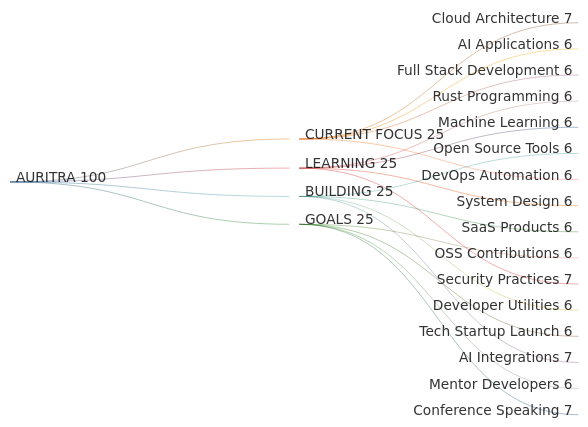
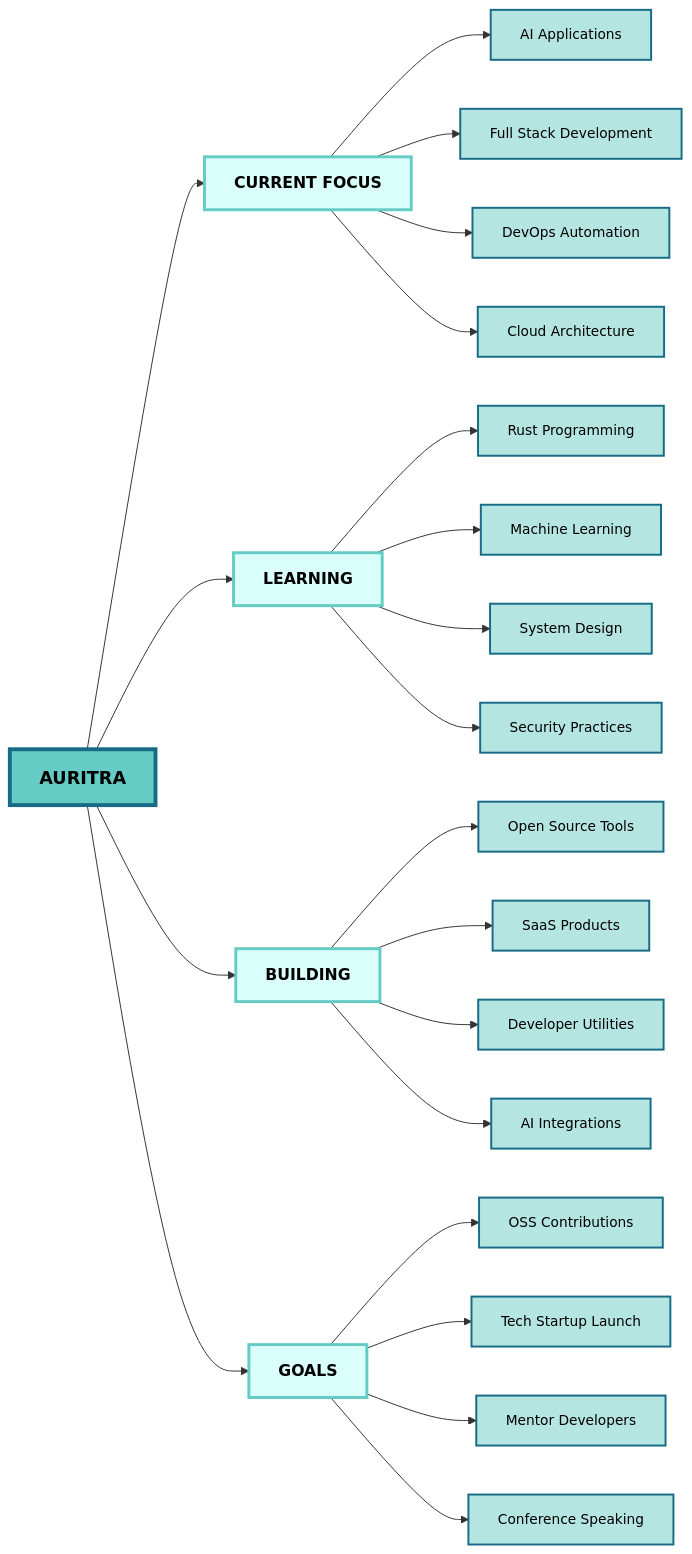
The diagram in README.md (auri-ap-cn/auri-ap-cn), drawn with Mermaid before and after one commit.

````diff
--- a/README.md
+++ b/README.md
@@ -218,27 +218,36 @@
 ```mermaid
-sankey-beta
-    AURITRA,CURRENT FOCUS,25
-    AURITRA,LEARNING,25
-    AURITRA,BUILDING,25
-    AURITRA,GOALS,25
+flowchart LR
+    A[AURITRA] --> B[CURRENT FOCUS]
+    A --> C[LEARNING]
+    A --> D[BUILDING]
+    A --> E[GOALS]
     
-    CURRENT FOCUS,AI Applications,6
-    CURRENT FOCUS,Full Stack Development,6
-    CURRENT FOCUS,DevOps Automation,6
-    CURRENT FOCUS,Cloud Architecture,7
+    B --> B1[AI Applications]
+    B --> B2[Full Stack Development]
+    B --> B3[DevOps Automation]
+    B --> B4[Cloud Architecture]
     
-    LEARNING,Rust Programming,6
-    LEARNING,Machine Learning,6
-    LEARNING,System Design,6
-    LEARNING,Security Practices,7
+    C --> C1[Rust Programming]
+    C --> C2[Machine Learning]
+    C --> C3[System Design]
+    C --> C4[Security Practices]
     
-    BUILDING,Open Source Tools,6
-    BUILDING,SaaS Products,6
-    BUILDING,Developer Utilities,6
-    BUILDING,AI Integrations,7
+    D --> D1[Open Source Tools]
+    D --> D2[SaaS Products]
+    D --> D3[Developer Utilities]
+    D --> D4[AI Integrations]
     
-    GOALS,OSS Contributions,6
-    GOALS,Tech Startup Launch,6
-    GOALS,Mentor Developers,6
-    GOALS,Conference Speaking,7
+    E --> E1[OSS Contributions]
+    E --> E2[Tech Startup Launch]
+    E --> E3[Mentor Developers]
+    E --> E4[Conference Speaking]
+
+    classDef rootStyle fill:#64CCC5,stroke:#176B87,stroke-width:4px,color:#000,font-size:18px,font-weight:bold
+    classDef categoryStyle fill:#DAFFFB,stroke:#64CCC5,stroke-width:3px,color:#000,font-size:16px,font-weight:bold
+    classDef itemStyle fill:#B4E5E0,stroke:#176B87,stroke-width:2px,color:#000,font-size:14px
+    
+    class A rootStyle
+    class B,C,D,E categoryStyle
+    class B1,B2,B3,B4,C1,C2,C3,C4,D1,D2,D3,D4,E1,E2,E3,E4 itemStyle
+
 ```
````
